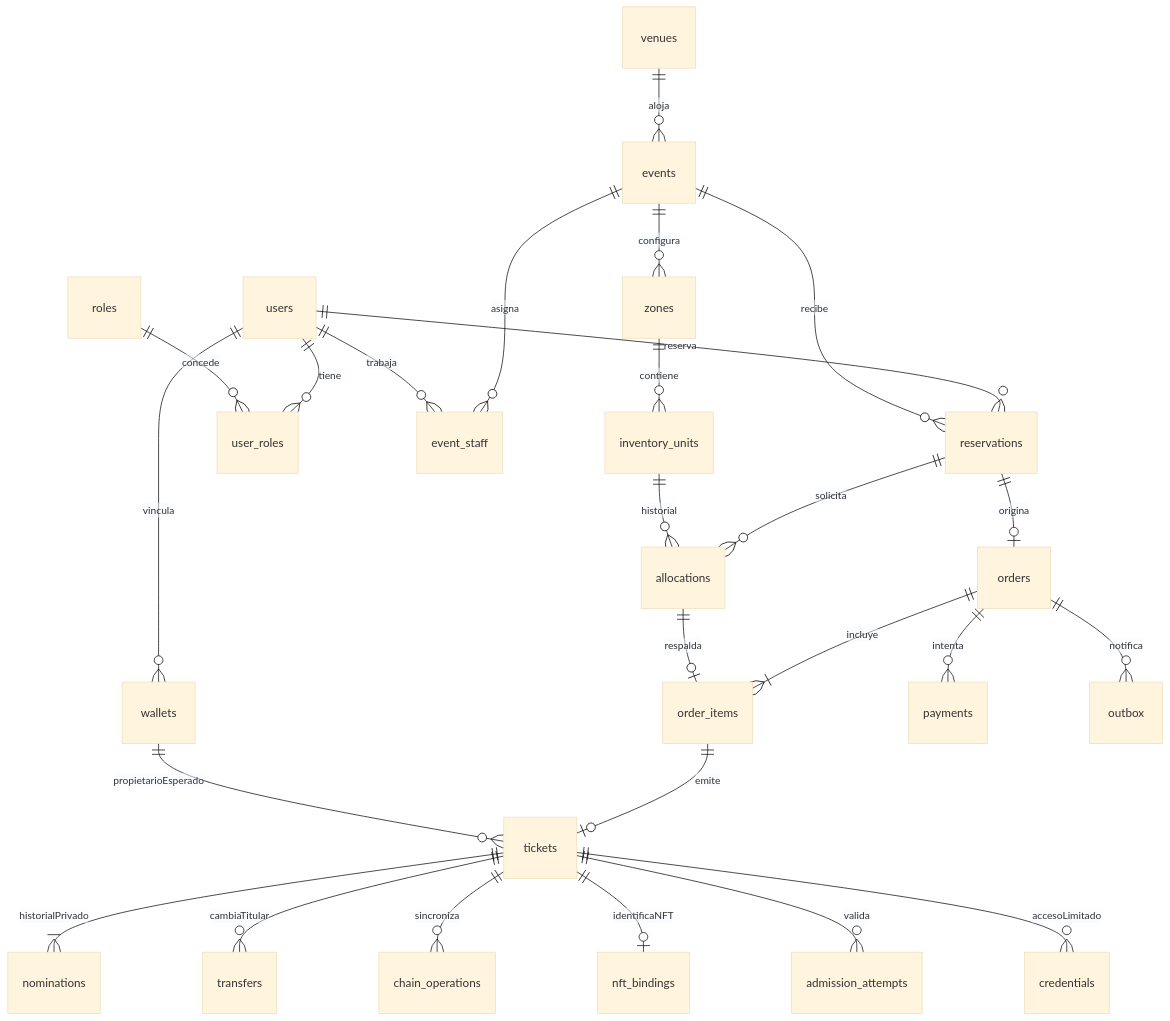
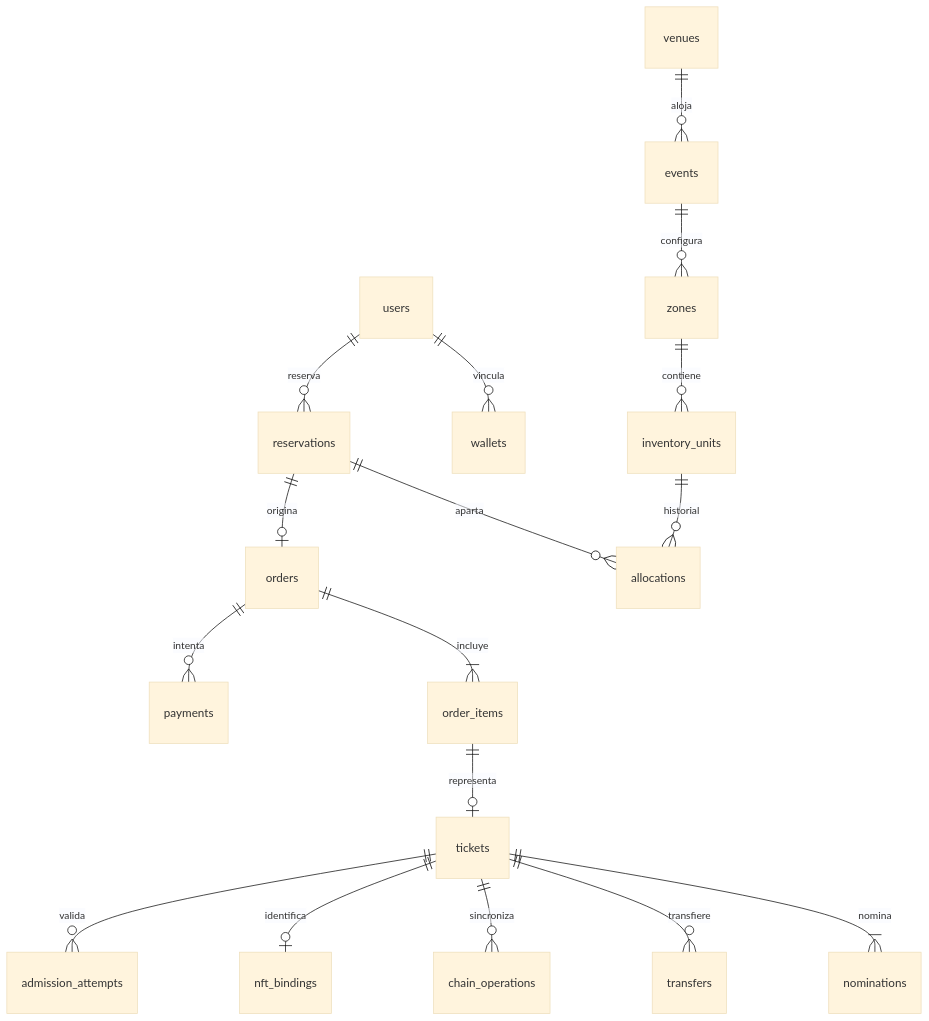
Before and after one commit to jamd10/ProyectoGraduacion: the diagram in README.md, drawn with Mermaid (base theme). The commit also changed other lines of this file and 24 other files, not shown here.

````diff
--- a/README.md
+++ b/README.md
@@ -262,28 +219,19 @@
 ```mermaid
 erDiagram
+    users ||--o{ wallets : vincula
     users ||--o{ reservations : reserva
-    users ||--o{ wallets : vincula
-    users ||--o{ user_roles : tiene
-    roles ||--o{ user_roles : concede
     venues ||--o{ events : aloja
-    events ||--o{ event_staff : asigna
-    users ||--o{ event_staff : trabaja
     events ||--o{ zones : configura
     zones ||--o{ inventory_units : contiene
-    events ||--o{ reservations : recibe
-    reservations ||--o{ allocations : solicita
     inventory_units ||--o{ allocations : historial
+    reservations ||--o{ allocations : aparta
     reservations ||--o| orders : origina
     orders ||--|{ order_items : incluye
-    allocations ||--o| order_items : respalda
     orders ||--o{ payments : intenta
-    order_items ||--o| tickets : emite
-    wallets ||--o{ tickets : propietarioEsperado
-    tickets ||--|{ nominations : historialPrivado
-    tickets ||--o{ transfers : cambiaTitular
+    order_items ||--o| tickets : representa
+    tickets ||--|{ nominations : nomina
+    tickets ||--o{ transfers : transfiere
     tickets ||--o{ chain_operations : sincroniza
-    tickets ||--o| nft_bindings : identificaNFT
+    tickets ||--o| nft_bindings : identifica
     tickets ||--o{ admission_attempts : valida
-    tickets ||--o{ credentials : accesoLimitado
-    orders ||--o{ outbox : notifica
 ```
````
